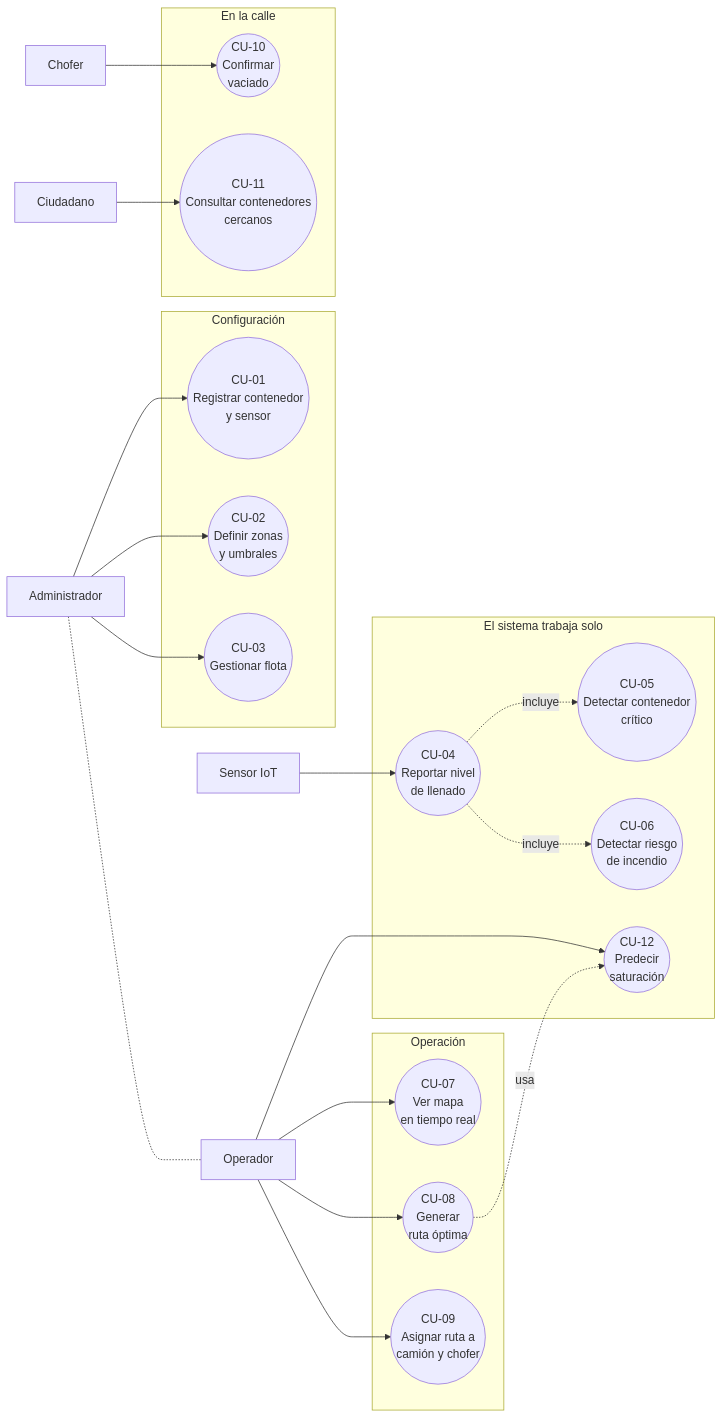
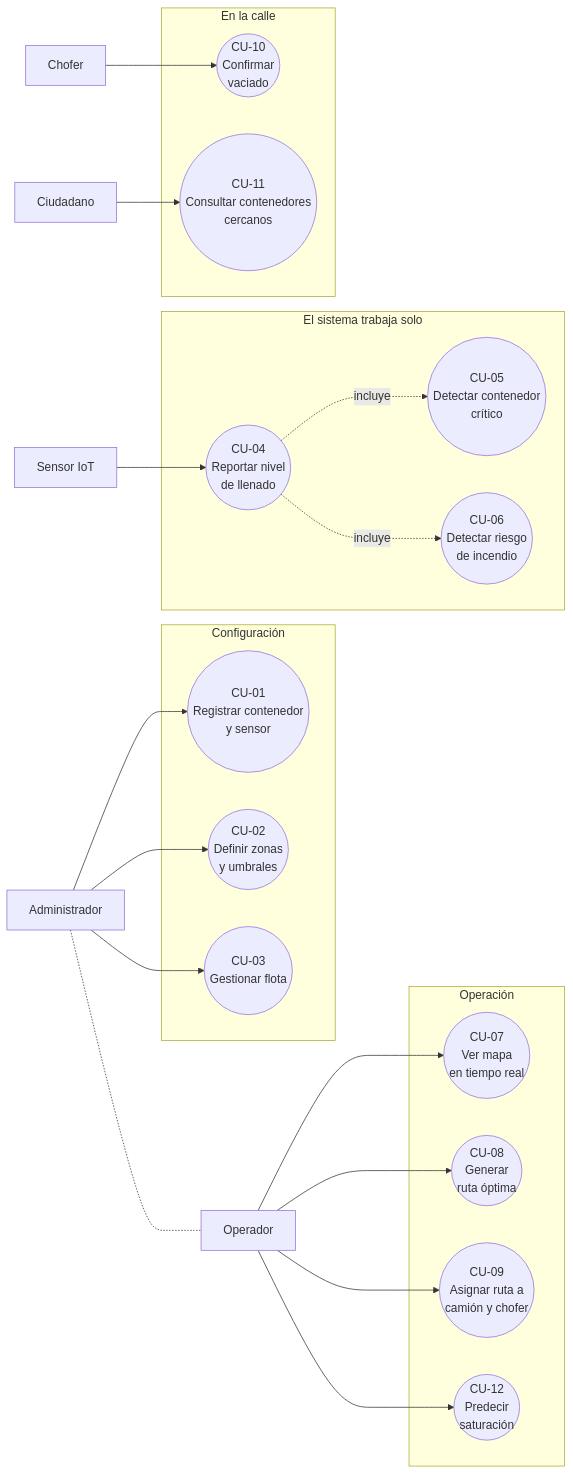
The first of 13 diagrams in docs/arquitectura/diagramas.md (ResiduosCityPass/citypass-residuos), drawn with Mermaid before and after one commit. The commit also changed other lines of this file and 2 other files, not shown here.

````diff
--- a/docs/arquitectura/diagramas.md
+++ b/docs/arquitectura/diagramas.md
@@ -31,51 +31,50 @@
 ```mermaid
 flowchart LR
     admin["Administrador"]
     operador["Operador"]
     chofer["Chofer"]
     ciudadano["Ciudadano"]
     sensor["Sensor IoT"]
 
     subgraph configuracion["Configuración"]
         cu01(("CU-01<br/>Registrar contenedor<br/>y sensor"))
         cu02(("CU-02<br/>Definir zonas<br/>y umbrales"))
         cu03(("CU-03<br/>Gestionar flota"))
     end
 
     subgraph automatico["El sistema trabaja solo"]
         cu04(("CU-04<br/>Reportar nivel<br/>de llenado"))
         cu05(("CU-05<br/>Detectar contenedor<br/>crítico"))
         cu06(("CU-06<br/>Detectar riesgo<br/>de incendio"))
-        cu12(("CU-12<br/>Predecir<br/>saturación"))
     end
 
     subgraph operacion["Operación"]
         cu07(("CU-07<br/>Ver mapa<br/>en tiempo real"))
         cu08(("CU-08<br/>Generar<br/>ruta óptima"))
         cu09(("CU-09<br/>Asignar ruta a<br/>camión y chofer"))
+        cu12(("CU-12<br/>Predecir<br/>saturación"))
     end
 
     subgraph campo["En la calle"]
         cu10(("CU-10<br/>Confirmar<br/>vaciado"))
         cu11(("CU-11<br/>Consultar contenedores<br/>cercanos"))
     end
 
     admin --> cu01
     admin --> cu02
     admin --> cu03
 
     sensor --> cu04
     cu04 -. incluye .-> cu05
     cu04 -. incluye .-> cu06
 
     operador --> cu07
     operador --> cu08
     operador --> cu09
     operador --> cu12
-    cu08 -. usa .-> cu12
 
     chofer --> cu10
     ciudadano --> cu11
 
     admin -.- operador
 ```
````
